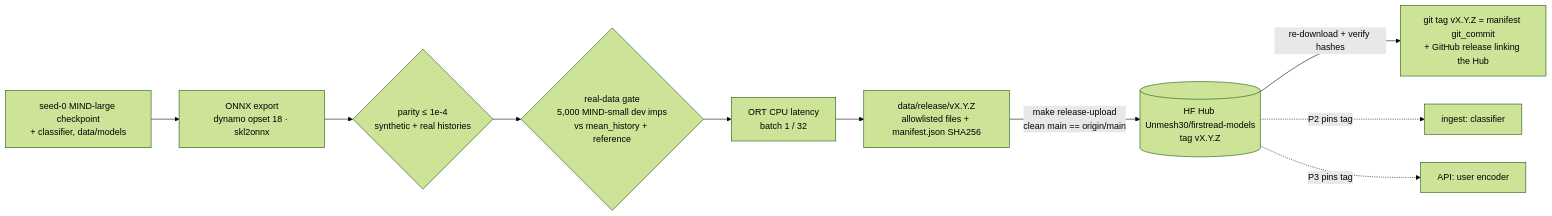
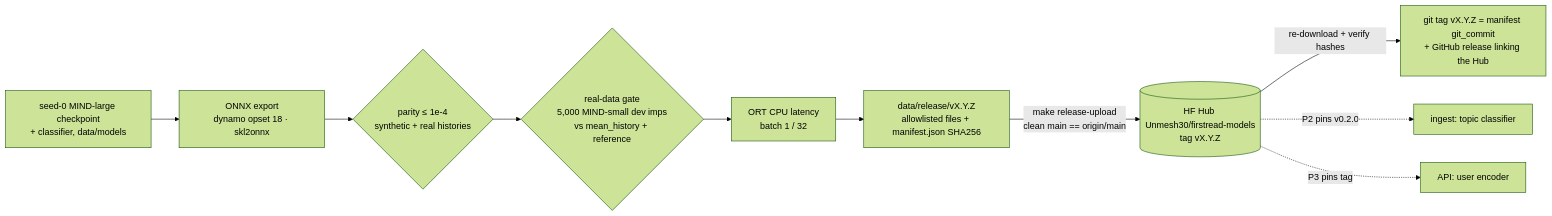
Before and after one commit to Unmesh30/firstread: the fourth of 4 diagrams in docs/architecture.md, drawn with Mermaid (forest theme). The commit also changed other lines of this file and 5 other files, not shown here.

Commit message:
docs: ADR 0006, model card v0.2.0, SPEC, README and architecture

````diff
--- a/docs/architecture.md
+++ b/docs/architecture.md
@@ -88,12 +88,12 @@
 ```mermaid
 flowchart LR
   CK[seed-0 MIND-large checkpoint<br/>+ classifier, data/models] --> EX[ONNX export<br/>dynamo opset 18 · skl2onnx]
   EX --> PA{parity ≤ 1e-4<br/>synthetic + real histories}
   PA --> GT{real-data gate<br/>5,000 MIND-small dev imps<br/>vs mean_history + reference}
   GT --> LAT[ORT CPU latency<br/>batch 1 / 32]
   LAT --> DIR[data/release/vX.Y.Z<br/>allowlisted files + manifest.json SHA256]
   DIR -->|make release-upload<br/>clean main == origin/main| HUB[(HF Hub Unmesh30/firstread-models<br/>tag vX.Y.Z)]
   HUB -->|re-download + verify hashes| OK[git tag vX.Y.Z = manifest git_commit<br/>+ GitHub release linking the Hub]
-  HUB -.->|P2 pins tag| ING[ingest: classifier]
+  HUB -.->|P2 pins v0.2.0| ING[ingest: topic classifier]
   HUB -.->|P3 pins tag| API2[API: user encoder]
 ```
````
